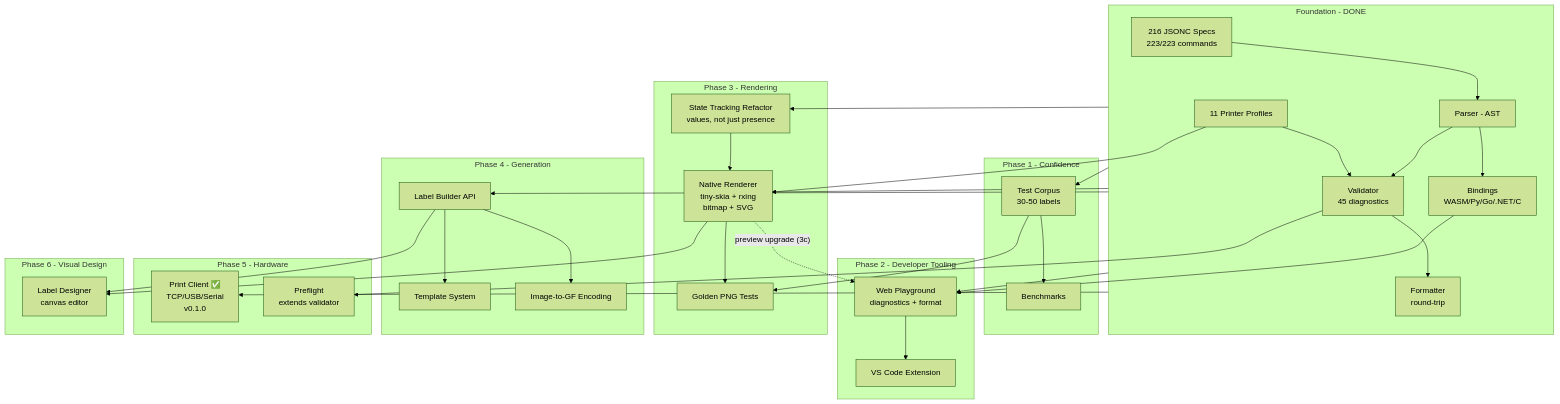
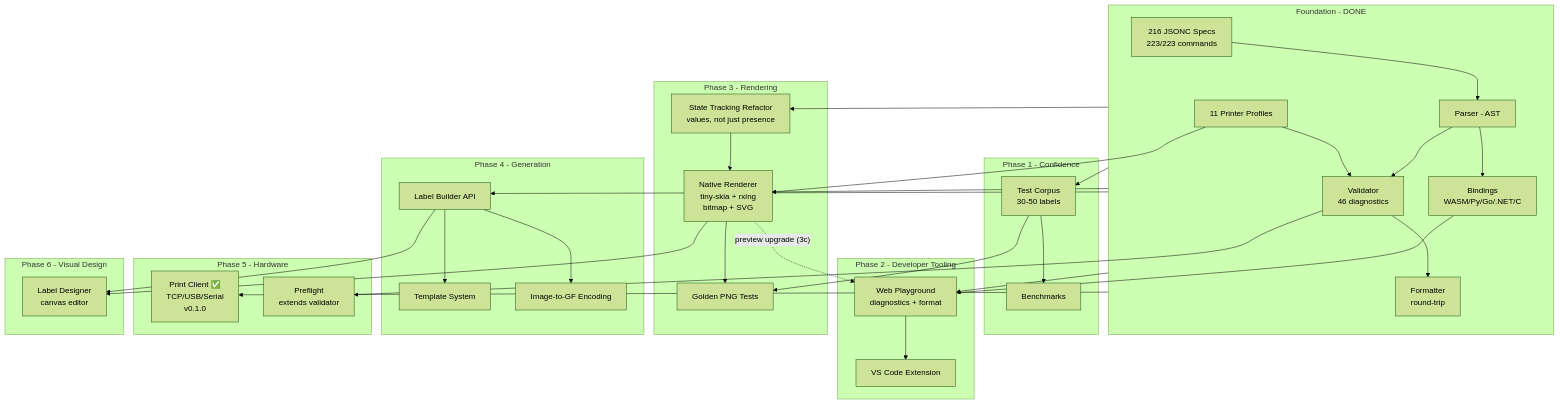
Before and after one commit to trevordcampbell/zpl-toolchain: the diagram in docs/ROADMAP.md, drawn with Mermaid (forest theme). The commit also changed other lines of this file and 7 other files, not shown here.

````diff
--- a/docs/ROADMAP.md
+++ b/docs/ROADMAP.md
@@ -217,65 +217,65 @@
 ```mermaid
 flowchart TD
   subgraph foundation [Foundation - DONE]
     Spec["216 JSONC Specs\n223/223 commands"]
     Parser["Parser - AST"]
-    Validator["Validator\n45 diagnostics"]
+    Validator["Validator\n46 diagnostics"]
     Formatter["Formatter\nround-trip"]
     Profiles["11 Printer Profiles"]
     Bindings["Bindings\nWASM/Py/Go/.NET/C"]
   end
 
   subgraph confidence [Phase 1 - Confidence]
     Corpus["Test Corpus\n30-50 labels"]
     Bench["Benchmarks"]
   end
 
   subgraph devtools [Phase 2 - Developer Tooling]
     Playground["Web Playground\ndiagnostics + format"]
     VSCode["VS Code Extension"]
   end
 
   subgraph rendering [Phase 3 - Rendering]
     StateRefactor["State Tracking Refactor\nvalues, not just presence"]
     NativeRender["Native Renderer\ntiny-skia + rxing\nbitmap + SVG"]
     Goldens["Golden PNG Tests"]
   end
 
   subgraph generation [Phase 4 - Generation]
     Builder["Label Builder API"]
     Templates["Template System"]
     ImageEncode["Image-to-GF Encoding"]
   end
 
   subgraph hardware [Phase 5 - Hardware]
     PrintClient["Print Client ✅\nTCP/USB/Serial\nv0.1.0"]
     Preflight["Preflight\nextends validator"]
   end
 
   subgraph design [Phase 6 - Visual Design]
     Designer["Label Designer\ncanvas editor"]
   end
 
   Spec --> Parser --> Validator
   Validator --> Formatter
   Parser --> Bindings
   Profiles --> Validator
   Profiles --> NativeRender
 
   foundation --> Corpus --> Bench
   Bindings --> Playground --> VSCode
   NativeRender -.->|"preview upgrade (3c)"| Playground
   NativeRender --> Goldens
   Corpus --> Goldens
   NativeRender --> Designer
   Builder --> Designer
   Validator --> Preflight
   StateRefactor --> NativeRender
 
   foundation --> StateRefactor
   foundation --> Playground
   foundation --> PrintClient
   foundation --> NativeRender
   foundation --> Builder --> Templates
   Builder --> ImageEncode
 ```
````
